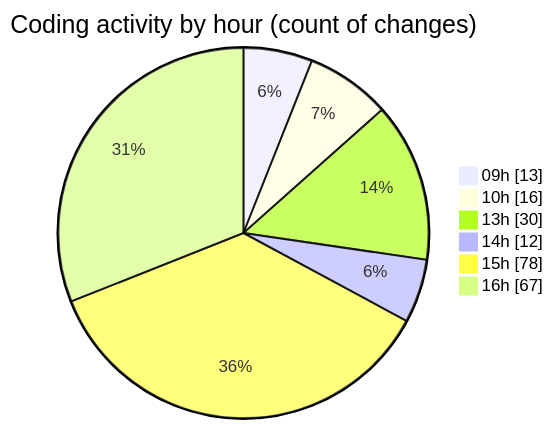
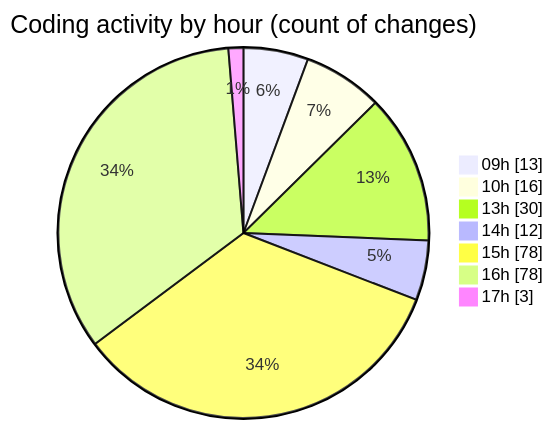
One commit to momahboobian/code-tracking changed the second of 2 diagrams in 2025-03-31/cda/README.md. Above: the diagram before and after it, drawn with Mermaid. The commit also changed other lines of this file and 1 other file, not shown here.

````diff
--- a/2025-03-31/cda/README.md
+++ b/2025-03-31/cda/README.md
@@ -50,10 +50,11 @@
 ```mermaid
 pie showData
 title Coding activity by hour (count of changes)
 "09h" : 13
 "10h" : 16
 "13h" : 30
 "14h" : 12
 "15h" : 78
-"16h" : 67
+"16h" : 78
+"17h" : 3
 ```
````
